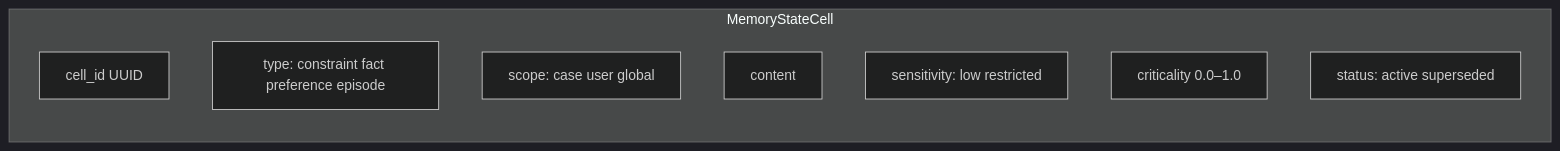
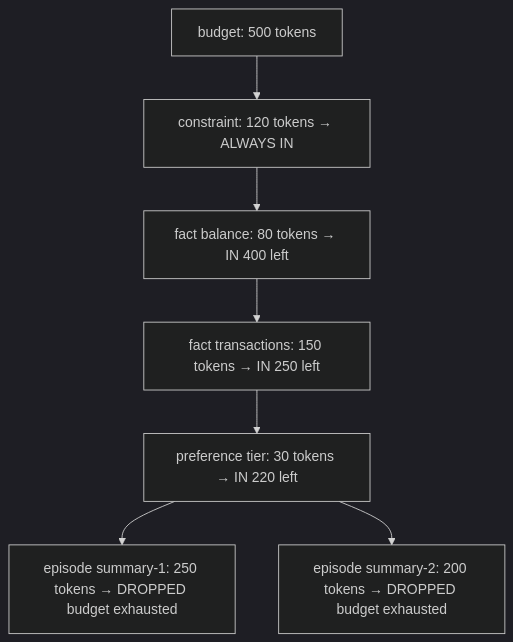
One commit to adu3110/building-agentic-systems changed the second of 3 diagrams in src/book1/05-typed-memory.md. Above: the diagram before and after it, drawn with Mermaid (dark theme). The commit also changed other lines of this file and 9 other files, not shown here.

````diff
--- a/src/book1/05-typed-memory.md
+++ b/src/book1/05-typed-memory.md
@@ -9,12 +119,9 @@
 ```mermaid
-flowchart LR
-  subgraph cell [MemoryStateCell]
-    id[cell_id UUID]
-    type[type: constraint fact preference episode]
-    scope[scope: case user global]
-    content[content]
-    sens[sensitivity: low restricted]
-    crit[criticality 0.0–1.0]
-    status[status: active superseded]
-  end
+flowchart TB
+  B[budget: 500 tokens] --> C[constraint: 120 tokens → ALWAYS IN]
+  C --> F1[fact balance: 80 tokens → IN 400 left]
+  F1 --> F2[fact transactions: 150 tokens → IN 250 left]
+  F2 --> P[preference tier: 30 tokens → IN 220 left]
+  P --> E1[episode summary-1: 250 tokens → DROPPED budget exhausted]
+  P --> E2[episode summary-2: 200 tokens → DROPPED budget exhausted]
 ```
````
